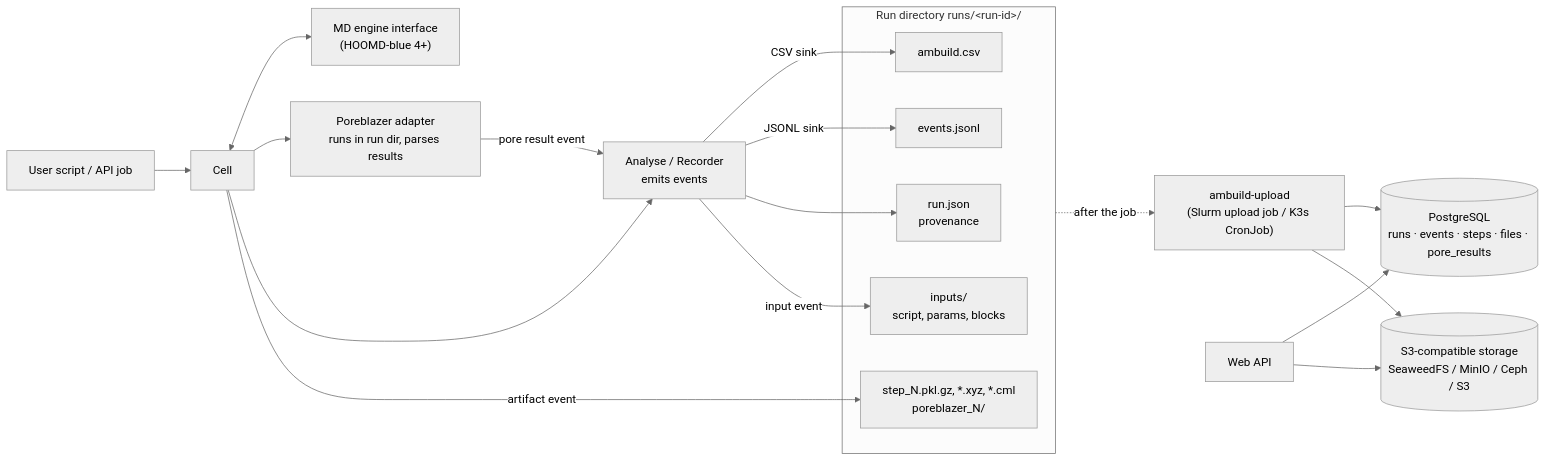
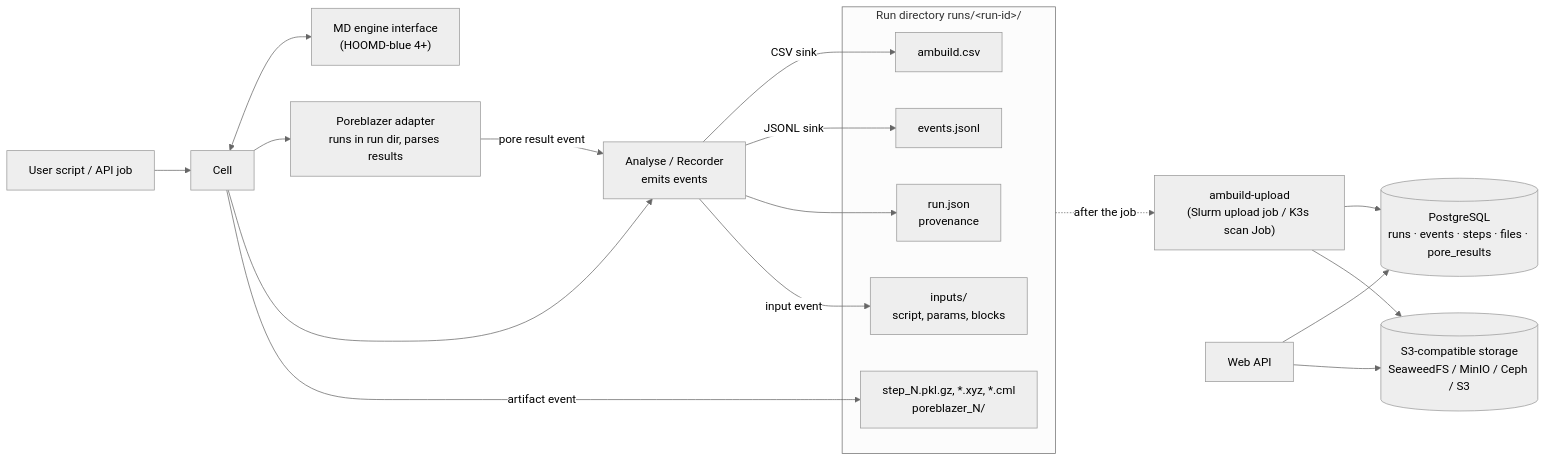
Before and after one commit to st7ma784/ambuild: the second of 3 diagrams in docs/architecture.md, drawn with Mermaid (neutral theme). The commit also changed other lines of this file and 10 other files, not shown here.

````diff
--- a/docs/architecture.md
+++ b/docs/architecture.md
@@ -48,28 +48,28 @@
 ```mermaid
 flowchart LR
     script["User script / API job"] --> cell["Cell"]
     cell <--> md["MD engine interface<br/>(HOOMD-blue 4+)"]
     cell --> pb["Poreblazer adapter<br/>runs in run dir, parses results"]
     cell --> rec["Analyse / Recorder<br/>emits events"]
     pb -- "pore result event" --> rec
 
     subgraph rundir["Run directory  runs/&lt;run-id&gt;/"]
         runjson["run.json<br/>provenance"]
         events["events.jsonl"]
         csv["ambuild.csv"]
         files["step_N.pkl.gz, *.xyz, *.cml<br/>poreblazer_N/"]
         inputs["inputs/<br/>script, params, blocks"]
     end
 
     rec -- "CSV sink" --> csv
     rec -- "JSONL sink" --> events
     rec --> runjson
     rec -- "input event" --> inputs
     cell -- "artifact event" --> files
 
-    rundir -. "after the job" .-> up["ambuild-upload<br/>(Slurm upload job / K3s CronJob)"]
+    rundir -. "after the job" .-> up["ambuild-upload<br/>(Slurm upload job / K3s scan Job)"]
     up --> pg[("PostgreSQL<br/>runs · events · steps · files · pore_results")]
     up --> s3[("S3-compatible storage<br/>SeaweedFS / MinIO / Ceph / S3")]
     api["Web API"] --> pg
     api --> s3
 ```
````
